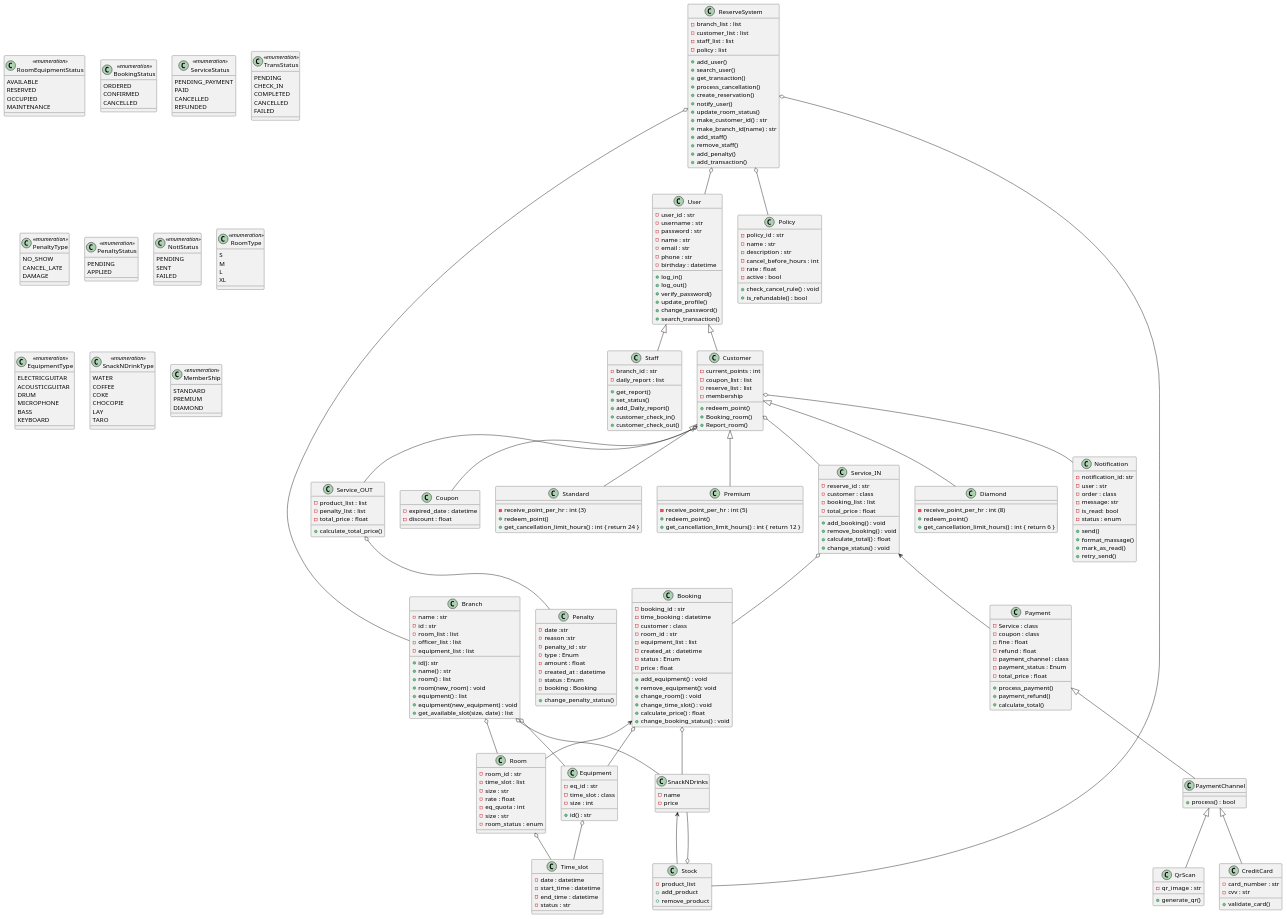
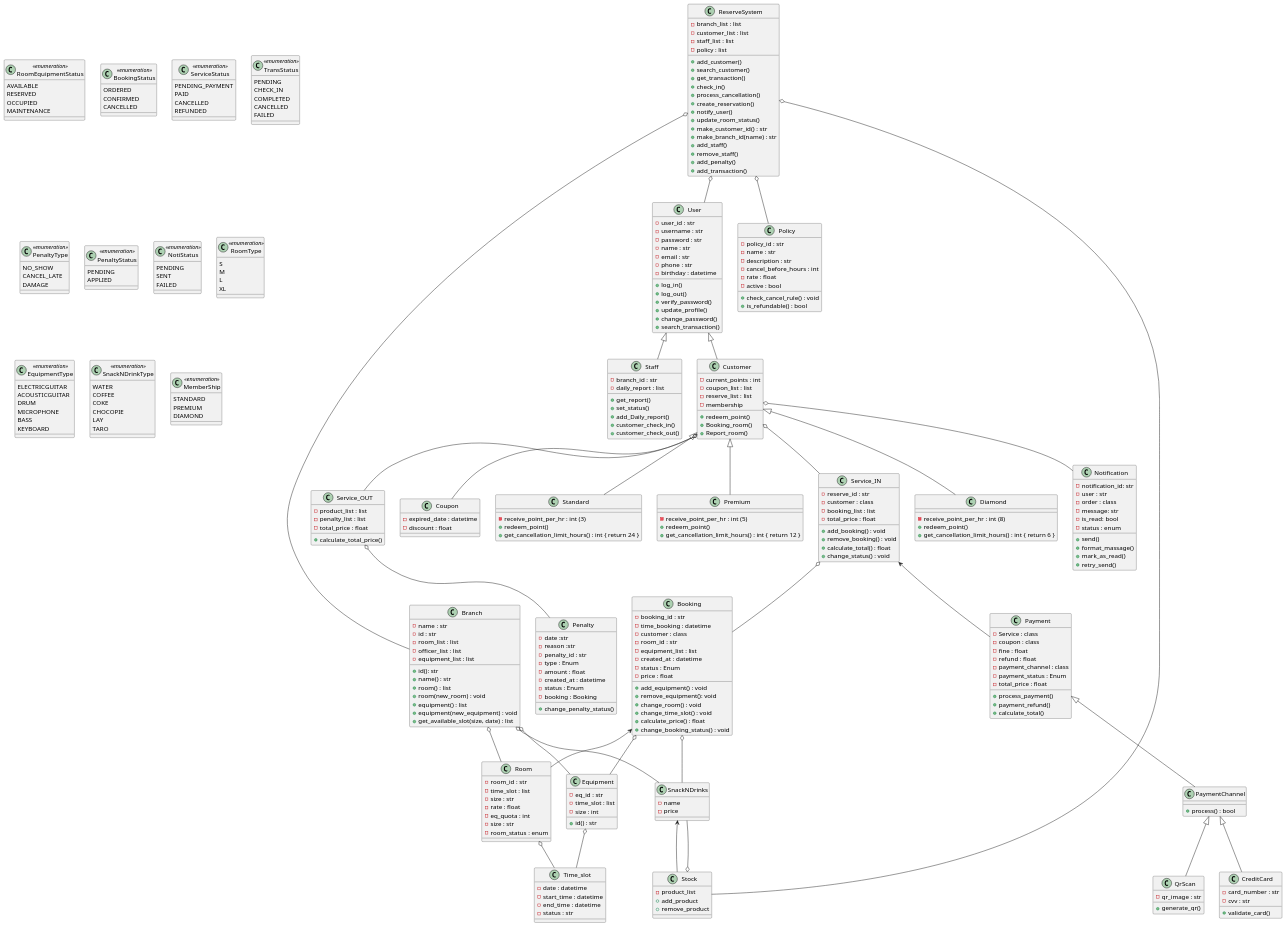
Before and after one commit to pjngth998/RhythmReserve: the diagram in diagram/class_diagram.puml, drawn with PlantUML. The commit also changed 6 other files, not shown here.

Commit message:
Check-In Diagram&API

```diff
--- a/diagram/class_diagram.puml
+++ b/diagram/class_diagram.puml
@@ -1,14 +1,14 @@
 @startuml
-
 
 class ReserveSystem{
     -branch_list : list
     -customer_list : list
     -staff_list : list
     -policy : list
-    +add_user()
-    +search_user()
+    +add_customer()
+    +search_customer()
     +get_transaction()
+    +check_in()
     +process_cancellation()
     +create_reservation()
     +notify_user()
@@ -34,7 +34,6 @@
     +equipment() : list
     +equipment(new_equipment) : void
     +get_available_slot(size, date) : list
-    
 }
 
 class RoomEquipmentStatus <<enumeration>>{
@@ -64,7 +63,7 @@
 
 class Equipment{
     -eq_id : str
-    -time_slot : class
+    -time_slot : list
     -size : int
     +id() : str
 }
```
